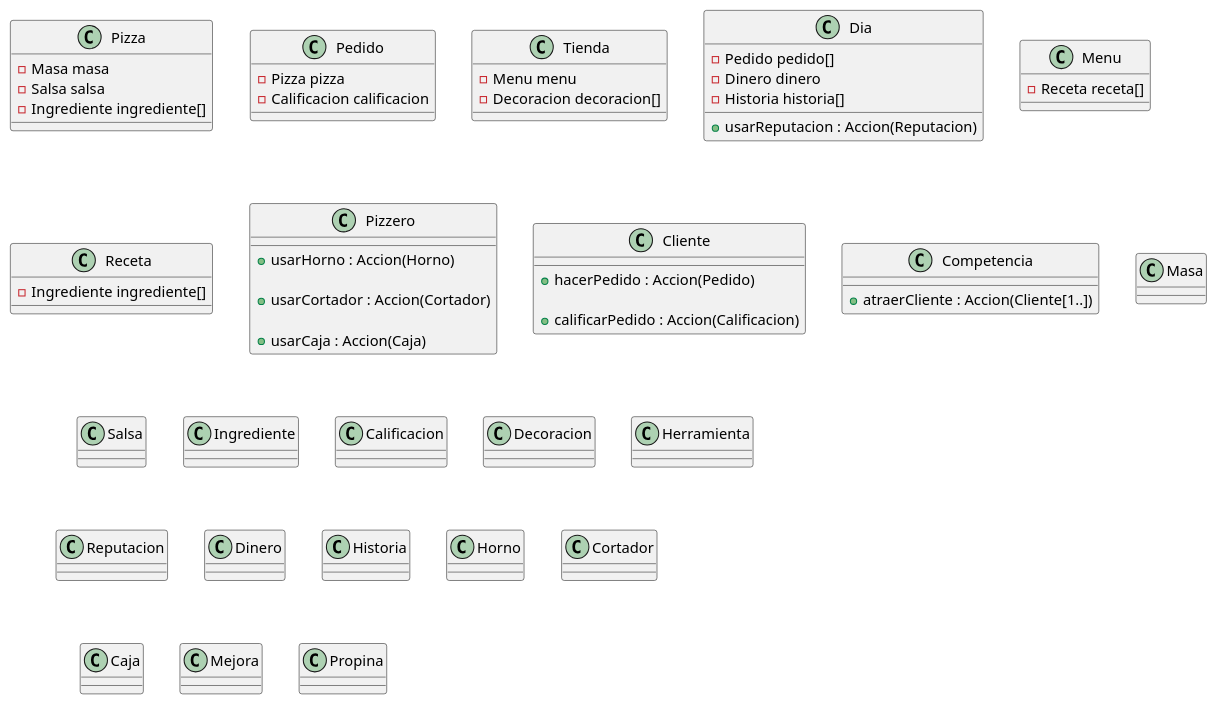
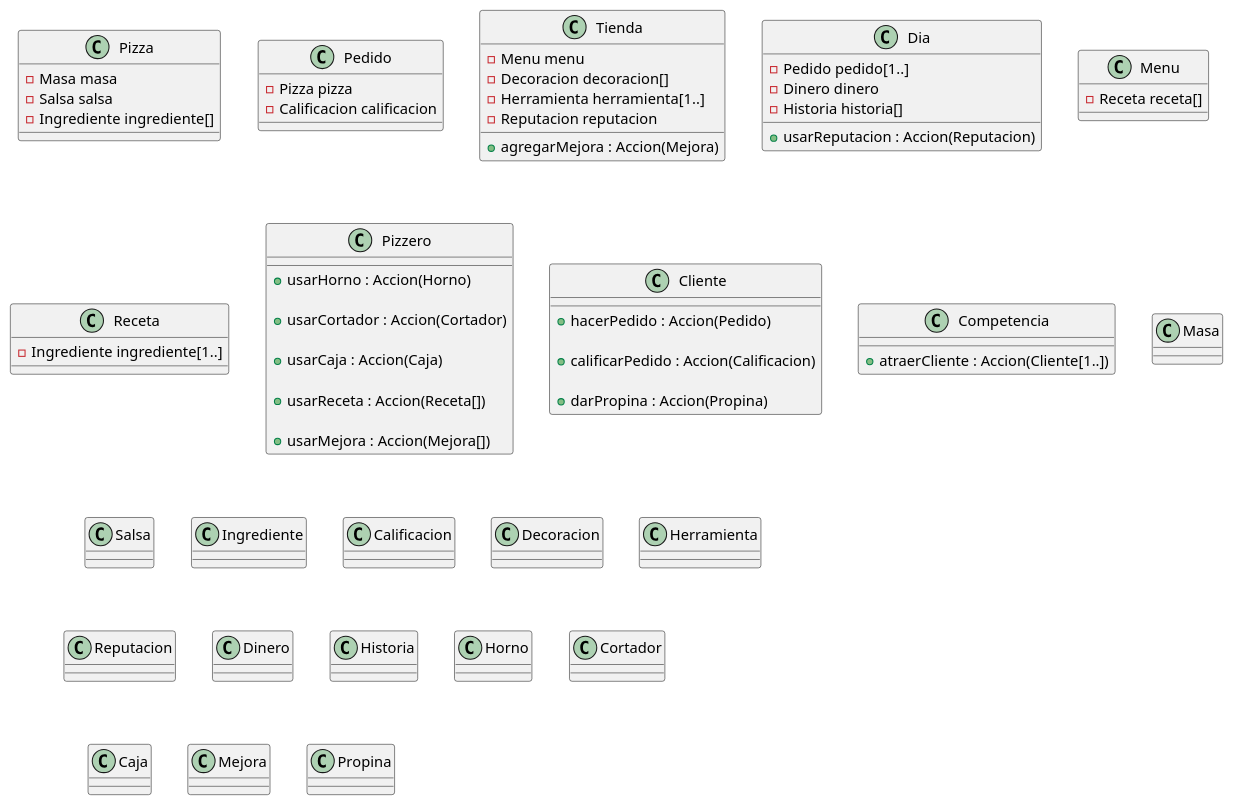
The diagram in diagrama.puml (sofirdzzz/3e261), drawn with PlantUML before and after one commit.

Commit message:
practica 5

```diff
--- a/diagrama.puml
+++ b/diagrama.puml
@@ -1,73 +1,80 @@
 @startuml
 class Pizza{
  -Masa masa
  -Salsa salsa
  -Ingrediente ingrediente[]
-} 
+}
 
 class Pedido{
  -Pizza pizza
  -Calificacion calificacion
 }
 
 class Tienda{
  -Menu menu
  -Decoracion decoracion[]
+ -Herramienta herramienta[1..]
+ -Reputacion reputacion
+
+ +agregarMejora : Accion(Mejora)
 }
 
 class Dia{
- -Pedido pedido[]
+ -Pedido pedido[1..]
  -Dinero dinero
  -Historia historia[]
 
  +usarReputacion : Accion(Reputacion)
 }
 
 class Menu{
  -Receta receta[]
 }
 
 class Receta{
- -Ingrediente ingrediente[]
+ -Ingrediente ingrediente[1..]
 }
 
 class Pizzero{
 
  +usarHorno : Accion(Horno)
 
  +usarCortador : Accion(Cortador)
 
  +usarCaja : Accion(Caja)
 
+ +usarReceta : Accion(Receta[])
+
+ +usarMejora : Accion(Mejora[])
 }
 
 class Cliente{
 
  +hacerPedido : Accion(Pedido)
 
  +calificarPedido : Accion(Calificacion)
 
-
+ +darPropina : Accion(Propina)
 }
 
 class Competencia{
 
  +atraerCliente : Accion(Cliente[1..])
 }
 
 class Masa{}
 class Salsa{}
 class Ingrediente{}
 class Calificacion{}
 class Decoracion{}
 class Herramienta{}
 class Reputacion{}
 class Dinero{}
 class Historia{}
 class Horno{}
 class Cortador{}
 class Caja{}
 class Mejora{}
 class Propina{}
 
 @enduml
```
